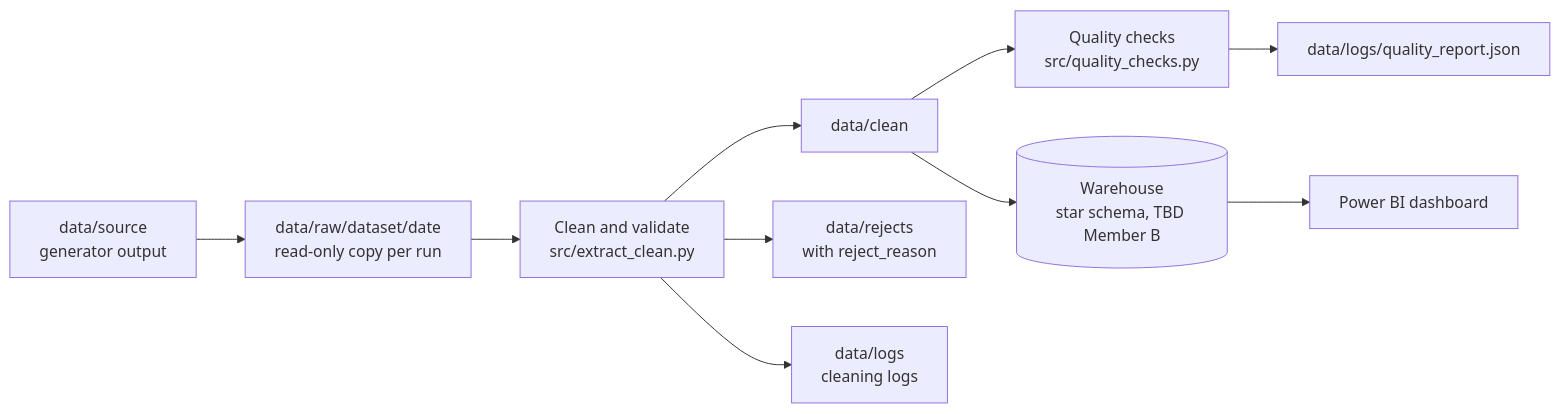
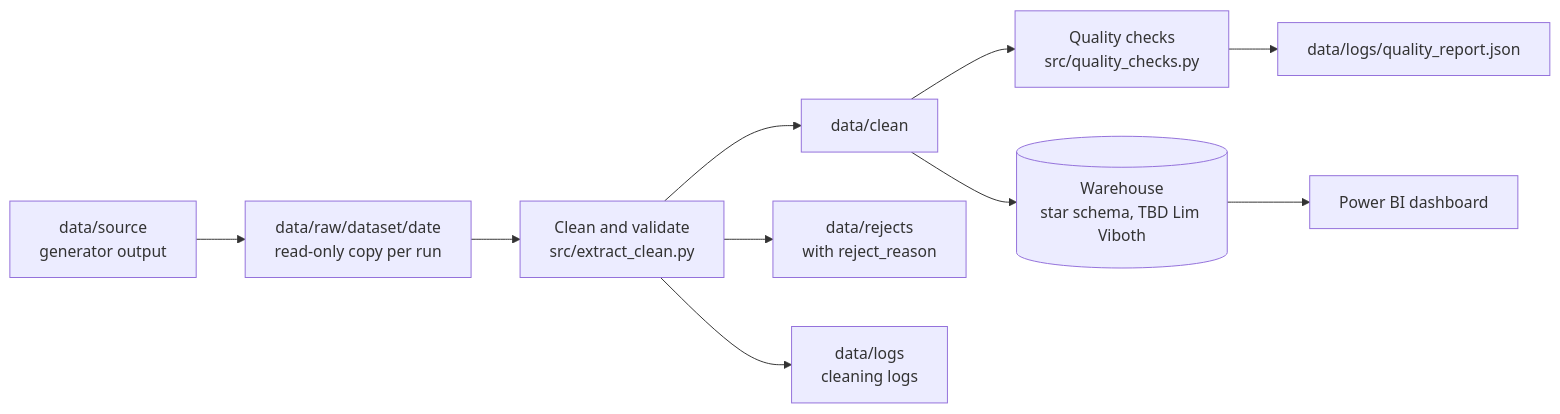
Before and after one commit to VichekaSun/Group-2-Data-Engineering-Capstone-Project: the diagram in README.md, drawn with Mermaid. The commit also changed other lines of this file, not shown here.

First line of the commit message:
docs: README - real member names and all roadmap items Done

````diff
--- a/README.md
+++ b/README.md
@@ -30,12 +28,12 @@
 ```mermaid
 flowchart LR
     S["data/source<br/>generator output"] --> R["data/raw/dataset/date<br/>read-only copy per run"]
     R --> C["Clean and validate<br/>src/extract_clean.py"]
     C --> OK["data/clean"]
     C --> RJ["data/rejects<br/>with reject_reason"]
     C --> LG["data/logs<br/>cleaning logs"]
     OK --> Q["Quality checks<br/>src/quality_checks.py"]
     Q --> QR["data/logs/quality_report.json"]
-    OK --> W[("Warehouse<br/>star schema, TBD Member B")]
+    OK --> W[("Warehouse<br/>star schema, TBD Lim Viboth")]
     W --> P["Power BI dashboard"]
 ```
````
